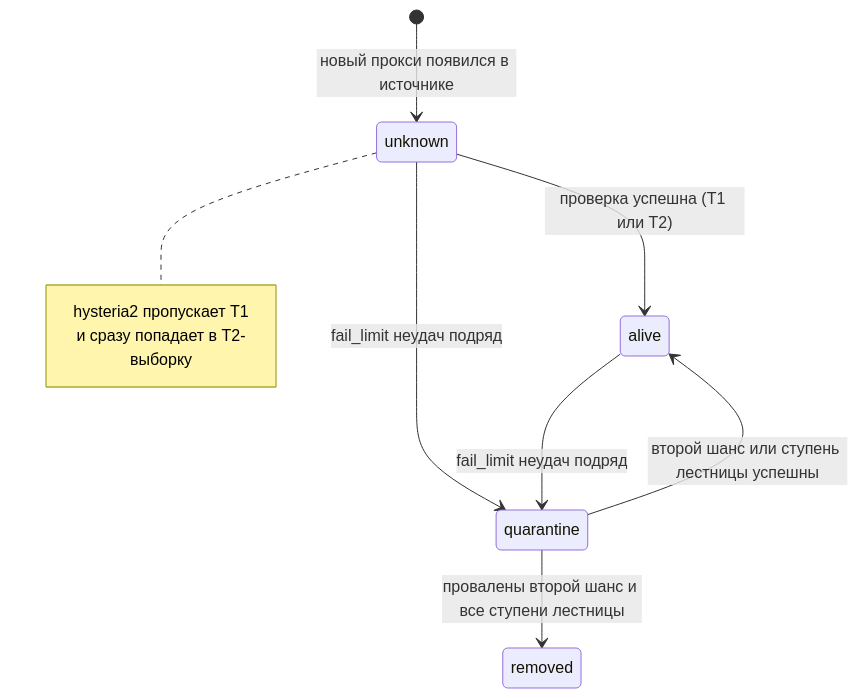
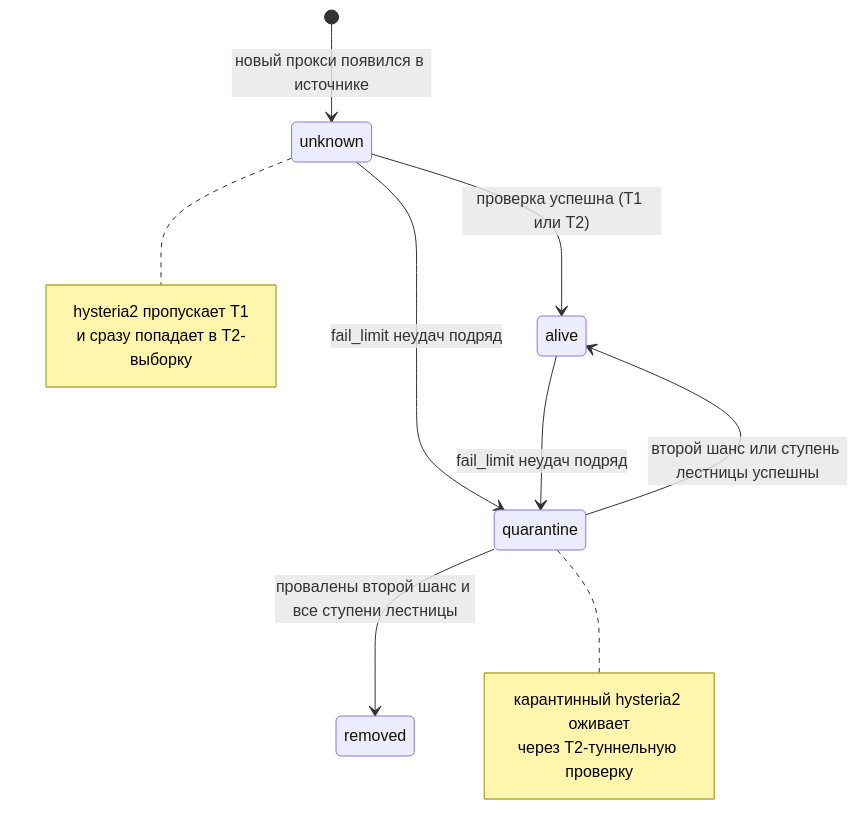
Before and after one commit to Viktor45/fumox: the second of 2 diagrams in USERGUIDE.ru.md, drawn with Mermaid. The commit also changed other lines of this file and 11 other files, not shown here.

````diff
--- a/USERGUIDE.ru.md
+++ b/USERGUIDE.ru.md
@@ -927,13 +935,17 @@
 ```mermaid
 stateDiagram-v2
     [*] --> unknown : новый прокси появился в источнике
     unknown --> alive : проверка успешна (T1 или T2)
     unknown --> quarantine : fail_limit неудач подряд
     alive --> quarantine : fail_limit неудач подряд
     quarantine --> alive : второй шанс или ступень лестницы успешны
     quarantine --> removed : провалены второй шанс и все ступени лестницы
     note right of unknown
         hysteria2 пропускает T1
         и сразу попадает в T2-выборку
     end note
+    note right of quarantine
+        карантинный hysteria2 оживает
+        через T2-туннельную проверку
+    end note
 ```
````
